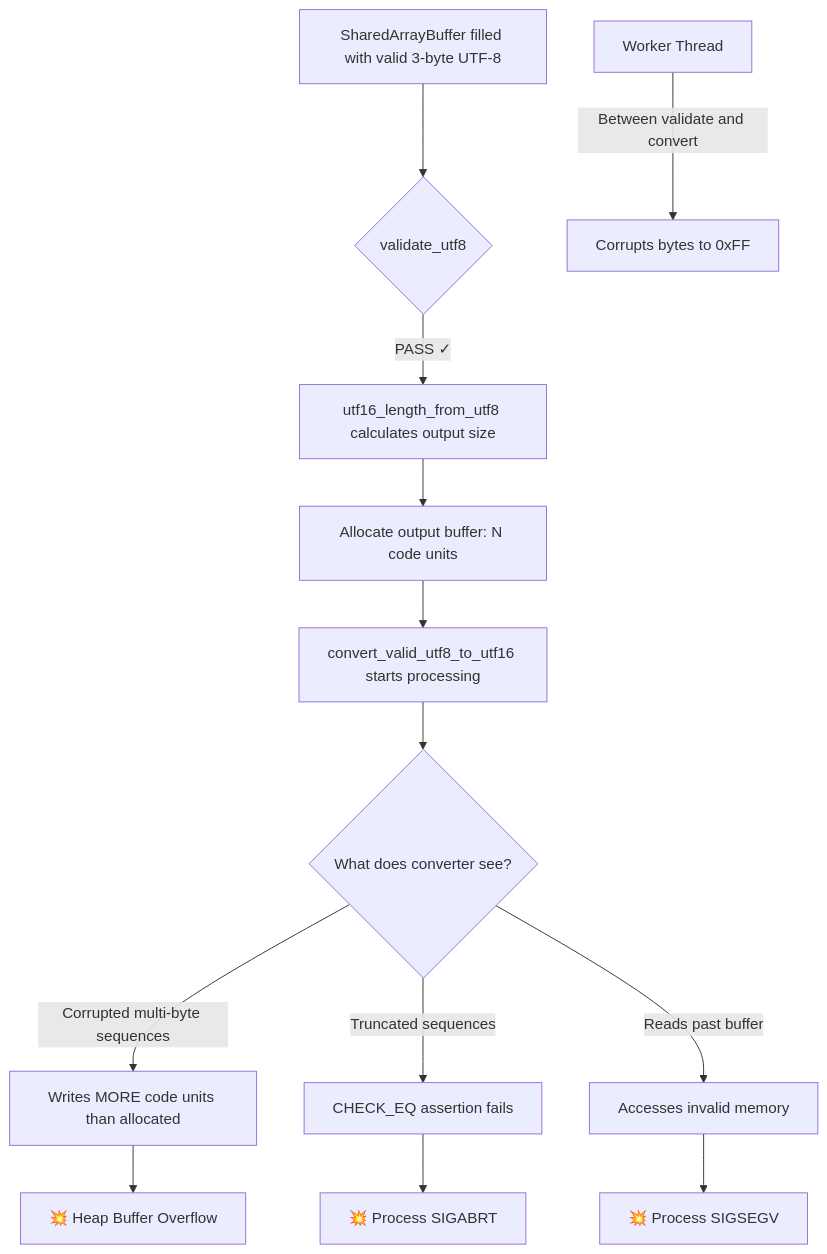
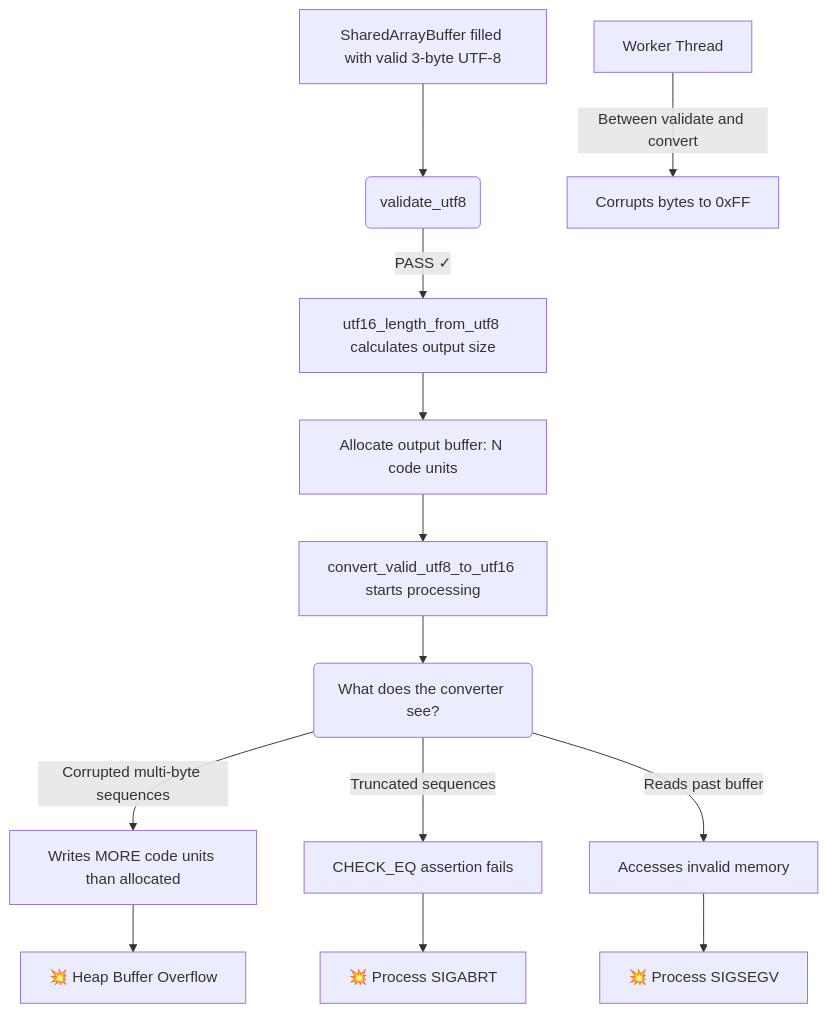
The second of 3 diagrams in src/content/blog/nodejs-sharedarraybuffer-toctou-memory-corruption.md (nithissh7/nithissh7.github.io), drawn with Mermaid before and after one commit. The commit also changed other lines of this file and 9 other files, not shown here.

First line of the commit message:
Content pass: diagrams that fit the reading column, labelled code, cleaner structure

````diff
--- a/src/content/blog/nodejs-sharedarraybuffer-toctou-memory-corruption.md
+++ b/src/content/blog/nodejs-sharedarraybuffer-toctou-memory-corruption.md
@@ -96,17 +96,17 @@
 ```mermaid
 flowchart TD
-    A[SharedArrayBuffer filled with valid 3-byte UTF-8] --> B{validate_utf8}
+    A[SharedArrayBuffer filled with valid 3-byte UTF-8] --> B(validate_utf8)
     B -->|PASS ✓| C[utf16_length_from_utf8 calculates output size]
     C --> D[Allocate output buffer: N code units]
 
     E[Worker Thread] -->|"Between validate and convert"| F[Corrupts bytes to 0xFF]
 
     D --> G[convert_valid_utf8_to_utf16 starts processing]
-    G --> H{What does converter see?}
+    G --> H(What does the converter see?)
     H -->|"Corrupted multi-byte sequences"| I[Writes MORE code units than allocated]
     I --> J[💥 Heap Buffer Overflow]
     H -->|"Truncated sequences"| K[CHECK_EQ assertion fails]
     K --> L[💥 Process SIGABRT]
     H -->|"Reads past buffer"| M[Accesses invalid memory]
     M --> N[💥 Process SIGSEGV]
 ```
````
